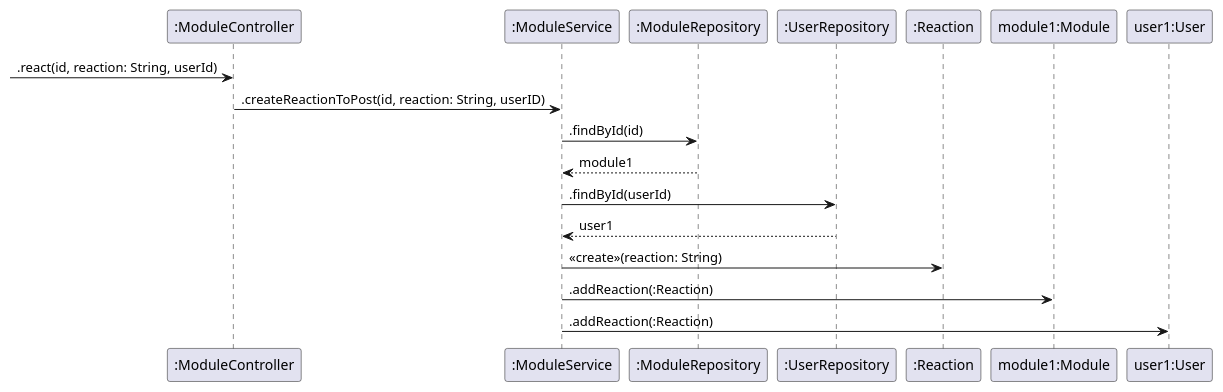
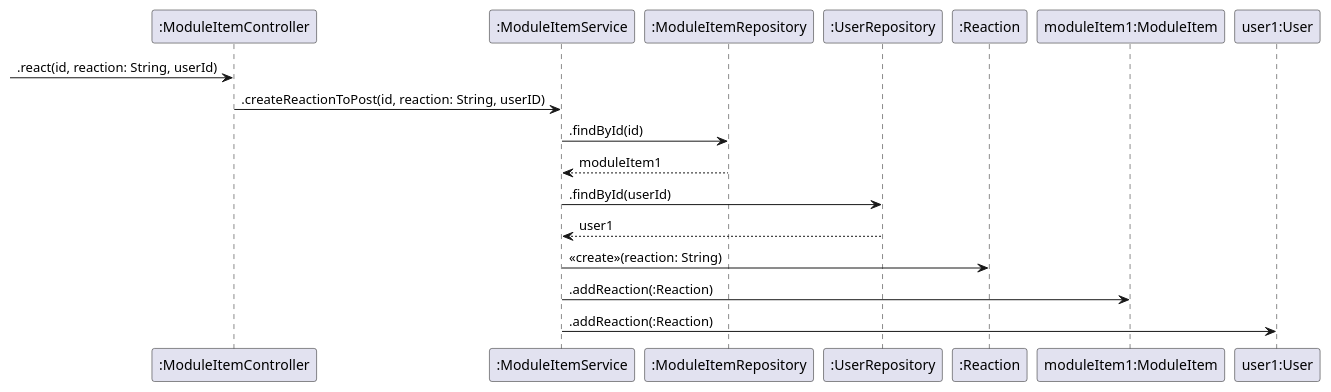
The diagram in design/sequence-diagram-usr-str-7.puml (MocanuPaulC/youthcouncil), drawn with PlantUML before and after one commit. The commit also changed 5 other files, not shown here.

Commit message:
Diagrams update after talk with Lars

```diff
--- a/design/sequence-diagram-usr-str-7.puml
+++ b/design/sequence-diagram-usr-str-7.puml
@@ -1,23 +1,23 @@
 @startuml
 
-participant ":ModuleController" as ModuleController
-participant ":ModuleService" as ModuleService
-participant ":ModuleRepository" as ModuleRepository
+participant ":ModuleItemController" as ModuleItemController
+participant ":ModuleItemService" as ModuleItemService
+participant ":ModuleItemRepository" as ModuleItemRepository
 participant ":UserRepository" as UserRepository
 participant ":Reaction" as Reaction
-participant "module1:Module" as module1
+participant "moduleItem1:ModuleItem" as moduleItem1
 participant "user1:User" as user1
 
--> ModuleController: .react(id, reaction: String, userId)
-ModuleController-> ModuleService: .createReactionToPost(id, reaction: String, userID)
-ModuleService-> ModuleRepository: .findById(id)
-ModuleRepository--> ModuleService: module1
-ModuleService-> UserRepository: .findById(userId)
-UserRepository--> ModuleService: user1
-ModuleService-> Reaction : <<create>>(reaction: String)
-ModuleService-> module1 : .addReaction(:Reaction)
-ModuleService-> user1 : .addReaction(:Reaction)
+-> ModuleItemController: .react(id, reaction: String, userId)
+ModuleItemController-> ModuleItemService: .createReactionToPost(id, reaction: String, userID)
+ModuleItemService-> ModuleItemRepository: .findById(id)
+ModuleItemRepository--> ModuleItemService: moduleItem1
+ModuleItemService-> UserRepository: .findById(userId)
+UserRepository--> ModuleItemService: user1
+ModuleItemService-> Reaction : <<create>>(reaction: String)
+ModuleItemService-> moduleItem1 : .addReaction(:Reaction)
+ModuleItemService-> user1 : .addReaction(:Reaction)
 
 
 
 @enduml
```
